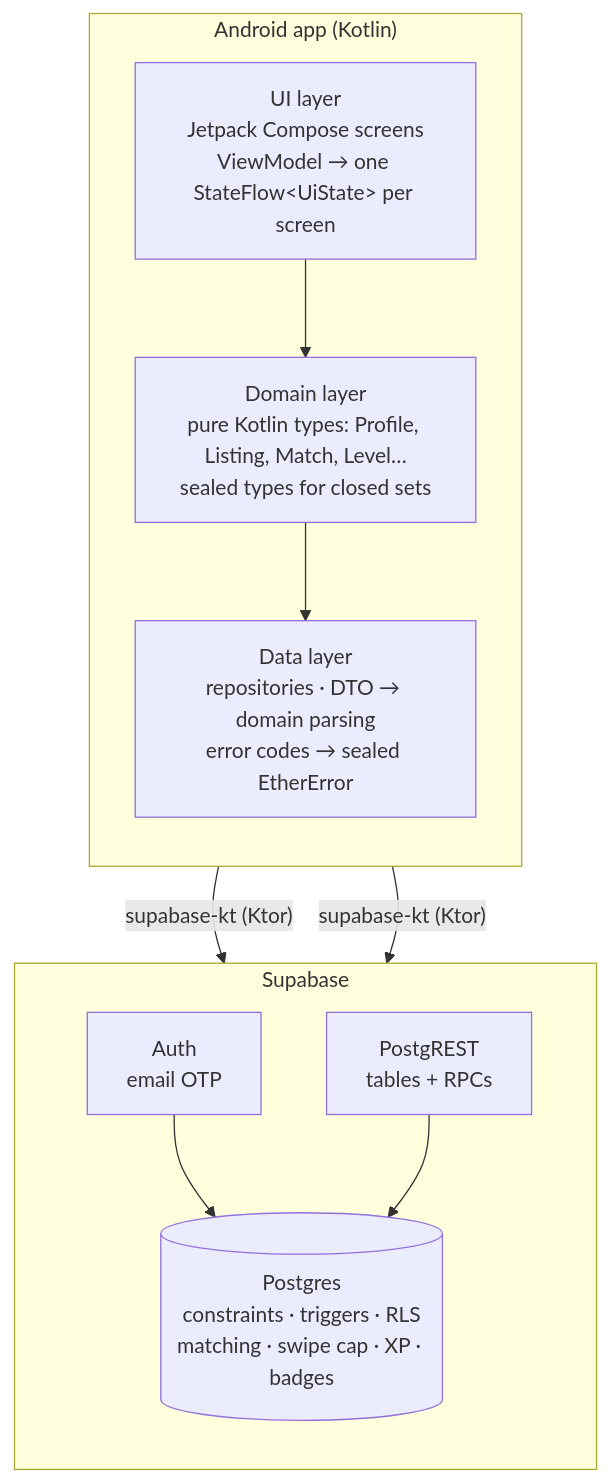
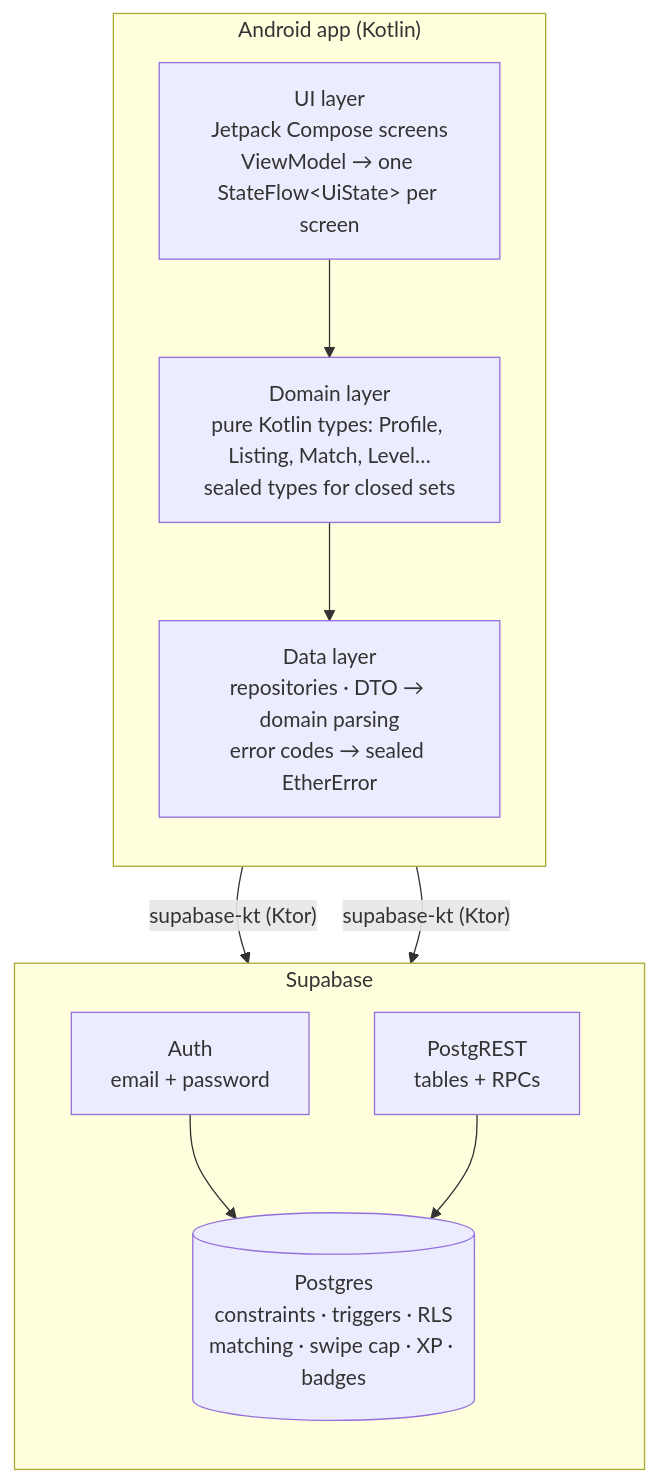
Before and after one commit to talax0n/Ether: the second of 3 diagrams in README.md, drawn with Mermaid. The commit also changed other lines of this file and 18 other files, not shown here.

First line of the commit message:
feat(auth): email and password sign-in; the code only confirms new accounts

````diff
--- a/README.md
+++ b/README.md
@@ -79,22 +79,22 @@
 ```mermaid
 flowchart TB
     subgraph app["Android app (Kotlin)"]
         direction TB
         UI["UI layer<br/>Jetpack Compose screens<br/>ViewModel → one StateFlow&lt;UiState&gt; per screen"]
         DOM["Domain layer<br/>pure Kotlin types: Profile, Listing, Match, Level…<br/>sealed types for closed sets"]
         DATA["Data layer<br/>repositories · DTO → domain parsing<br/>error codes → sealed EtherError"]
         UI --> DOM --> DATA
     end
 
     subgraph supa["Supabase"]
         direction TB
-        AUTH["Auth<br/>email OTP"]
+        AUTH["Auth<br/>email + password"]
         API["PostgREST<br/>tables + RPCs"]
         PG[("Postgres<br/>constraints · triggers · RLS<br/>matching · swipe cap · XP · badges")]
         AUTH --> PG
         API --> PG
     end
 
     DATA -- "supabase-kt (Ktor)" --> AUTH
     DATA -- "supabase-kt (Ktor)" --> API
 ```
````
